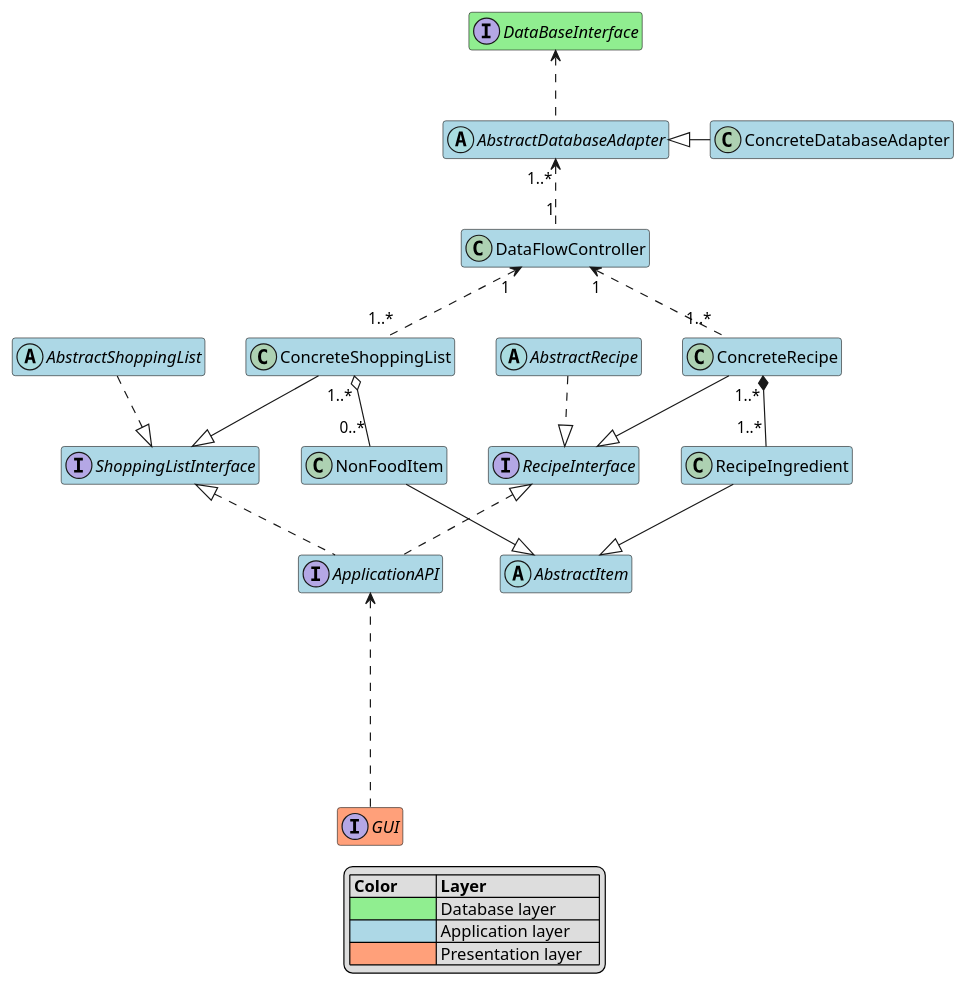
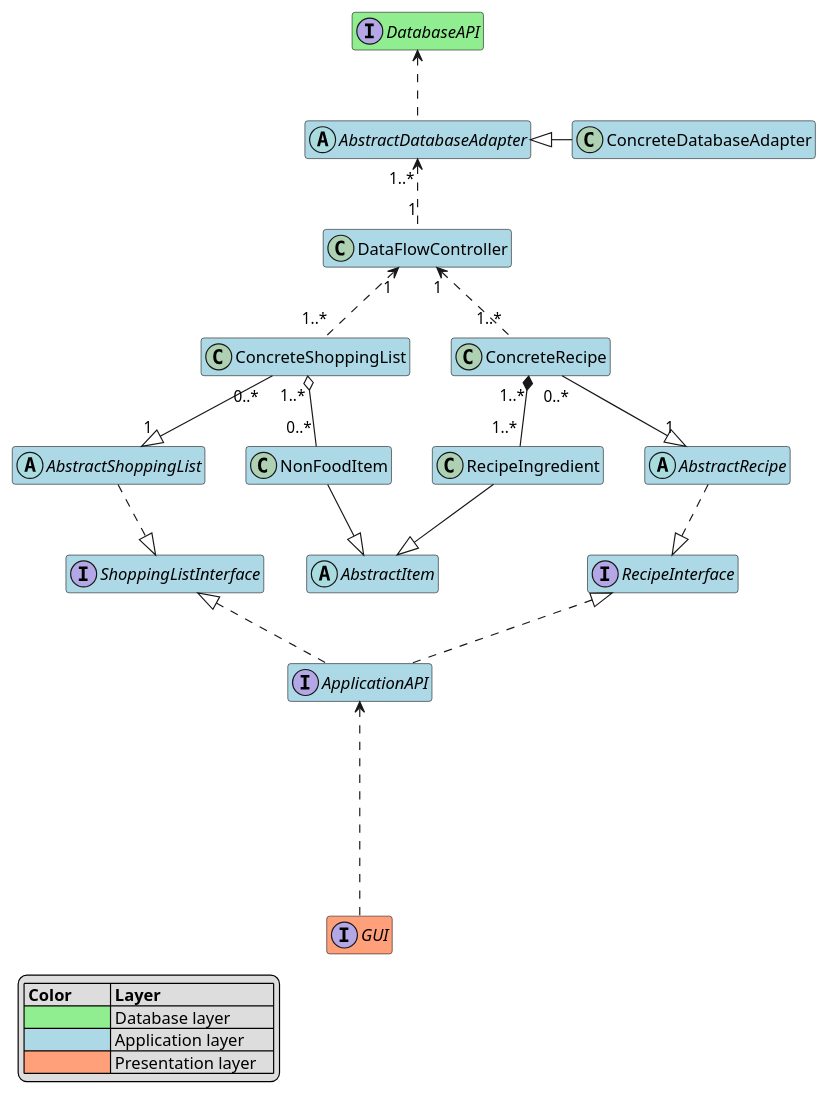
Before and after one commit to Uhgtred/Recipe_Shopping_List: the diagram in Architecture/BlackBoxViewApplication.puml, drawn with PlantUML. The commit also changed 60 other files, not shown here.

```diff
--- a/Architecture/BlackBoxViewApplication.puml
+++ b/Architecture/BlackBoxViewApplication.puml
@@ -1,57 +1,57 @@
 @startuml
 hide empty members
 
 
-interface DataBaseInterface #lightgreen
+interface DatabaseAPI #lightgreen
 
 
 interface GUI #lightsalmon
 GUI ..u..> ApplicationAPI
 
 
 interface RecipeInterface #lightblue
 interface ShoppingListInterface #lightblue
 abstract class AbstractItem #lightblue
 
 abstract class AbstractDatabaseAdapter #lightblue
-AbstractDatabaseAdapter .u.> DataBaseInterface
+AbstractDatabaseAdapter .u.> DatabaseAPI
 
 class ConcreteDatabaseAdapter #lightblue
 ConcreteDatabaseAdapter -l-|> AbstractDatabaseAdapter
 
 class DataFlowController #lightblue
 DataFlowController "1" .u.> "1..*" AbstractDatabaseAdapter
 
 interface ApplicationAPI #lightblue
 ApplicationAPI .u.|> RecipeInterface
 ApplicationAPI .u.|> ShoppingListInterface
 
 abstract class AbstractRecipe #lightblue
 AbstractRecipe ..|> RecipeInterface
 
 abstract class AbstractShoppingList #lightblue
 AbstractShoppingList ..|> ShoppingListInterface
 
 class ConcreteShoppingList #lightblue
-ConcreteShoppingList --|> ShoppingListInterface
+ConcreteShoppingList "0..*" --|> "1" AbstractShoppingList
 ConcreteShoppingList "1..*" .u.> "1" DataFlowController
 
 class ConcreteRecipe #lightblue
-ConcreteRecipe  --|> RecipeInterface
+ConcreteRecipe "0..*" --|> "1" AbstractRecipe
 ConcreteRecipe "1..*" .u.> "1" DataFlowController
 
 class RecipeIngredient #lightblue
 RecipeIngredient "1..*" -u-* "1..*" ConcreteRecipe
 RecipeIngredient -d-|> AbstractItem
 
 class NonFoodItem #lightblue
 NonFoodItem "0..*"-u-o "1..*" ConcreteShoppingList
 NonFoodItem -d-|> AbstractItem
 
-legend bottom
+legend bottom left
 | **Color**         | **Layer**             |
 | <#lightgreen>     | Database layer        |
 | <#lightblue>      | Application layer     |
 | <#lightsalmon>    | Presentation layer    |
 end legend
 @enduml
```
